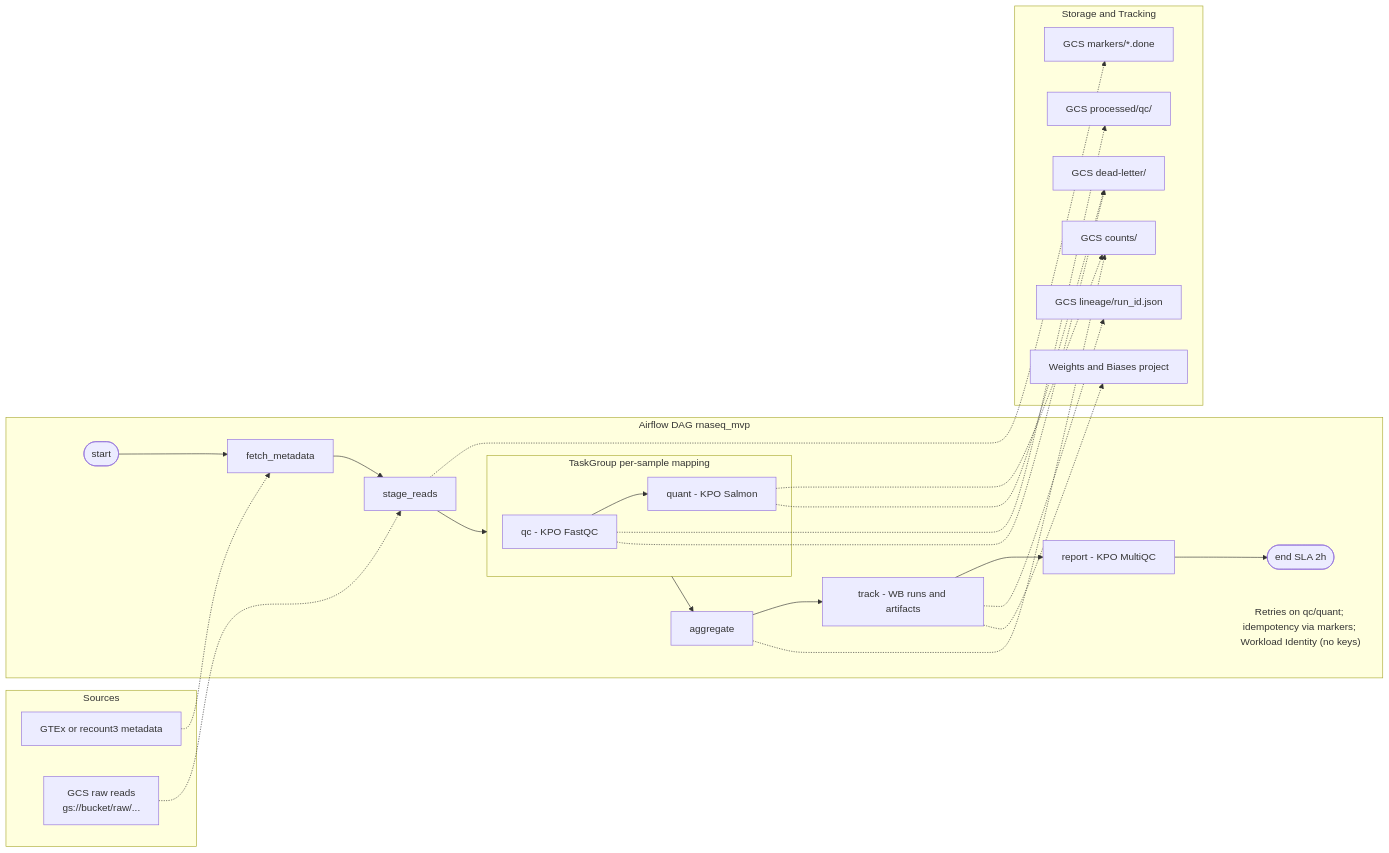
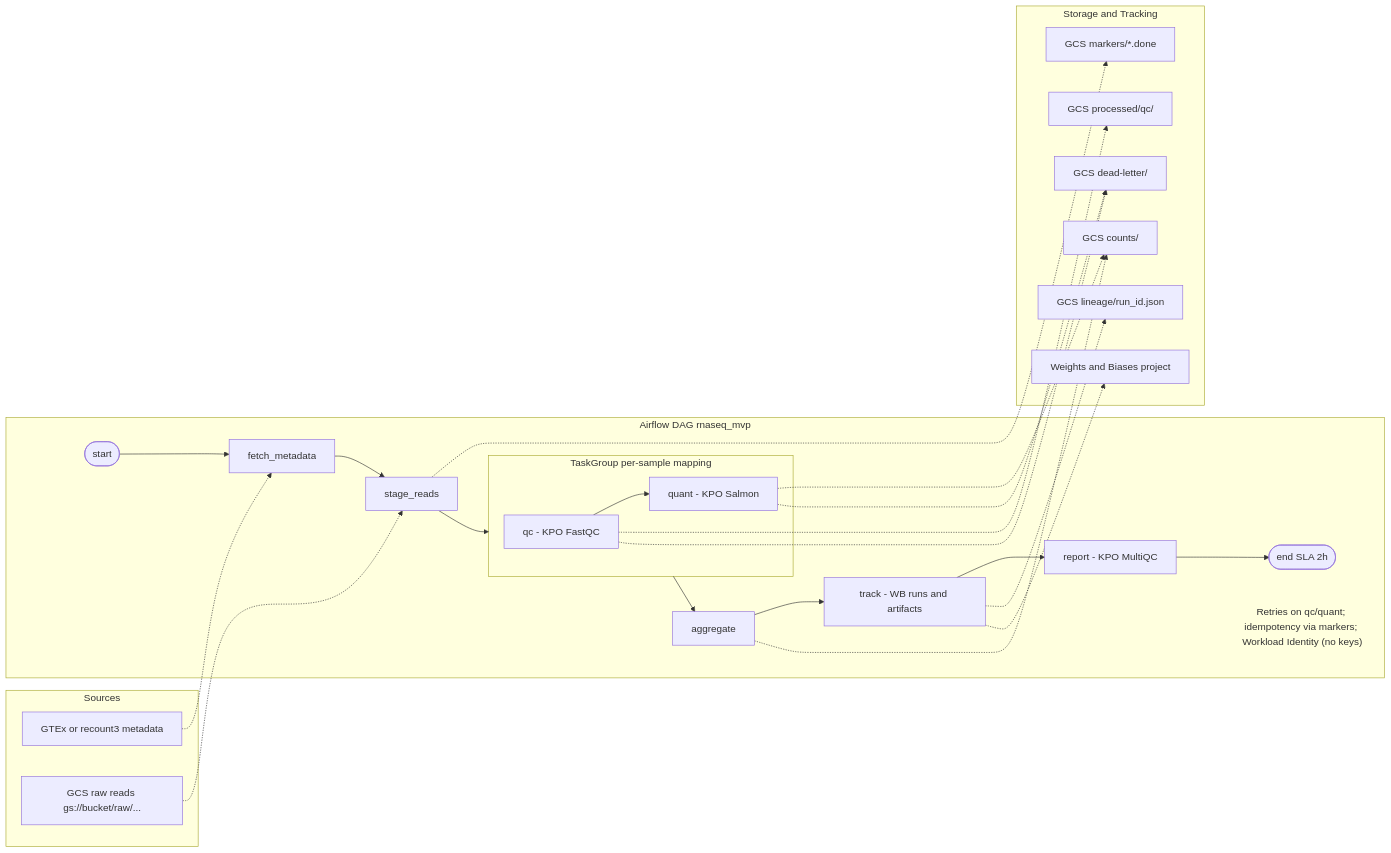
The diagram in docs/design-1pager.md (l-haus/gtex-pipeline), drawn with Mermaid before and after one commit.

````diff
--- a/docs/design-1pager.md
+++ b/docs/design-1pager.md
@@ -1,47 +1,47 @@
 ```mermaid
 flowchart LR
  subgraph SRC["Sources"]
         M1["GTEx or recount3 metadata"]
-        R1["GCS raw reads\n gs://bucket/raw/..."]
+        R1["GCS raw reads gs://bucket/raw/..."]
   end
  subgraph TG["TaskGroup per-sample mapping"]
         Q1["qc - KPO FastQC"]
         Q2["quant - KPO Salmon"]
   end
  subgraph AF["Airflow DAG rnaseq_mvp"]
         A0(["start"])
         A1["fetch_metadata"]
         A2["stage_reads"]
         TG
         A3["aggregate"]
         A4["track - WB runs and artifacts"]
         A5["report - KPO MultiQC"]
         A6(["end SLA 2h"])
         n1["Retries on qc/quant; idempotency via markers; Workload Identity (no keys)"]
 
         n1@{ shape: text}
   end
  subgraph STG["Storage and Tracking"]
         W1["GCS processed/qc/"]
         W2["GCS counts/"]
         W3["GCS markers/*.done"]
         W4["GCS lineage/run_id.json"]
         WB["Weights and Biases project"]
         DLQ["GCS dead-letter/"]
   end
     A0 --> A1
     A1 --> A2
     A2 --> TG
     TG --> A3
     A3 --> A4
     A4 --> A5
     A5 --> A6
     Q1 --> Q2
     M1 -.-> A1
     R1 -.-> A2
     Q1 -.-> W1 & DLQ
     Q2 -.-> W2 & DLQ
     A2 -.-> W3
     A3 -.-> W2
     A4 -.-> W4 & WB
 ```
````
